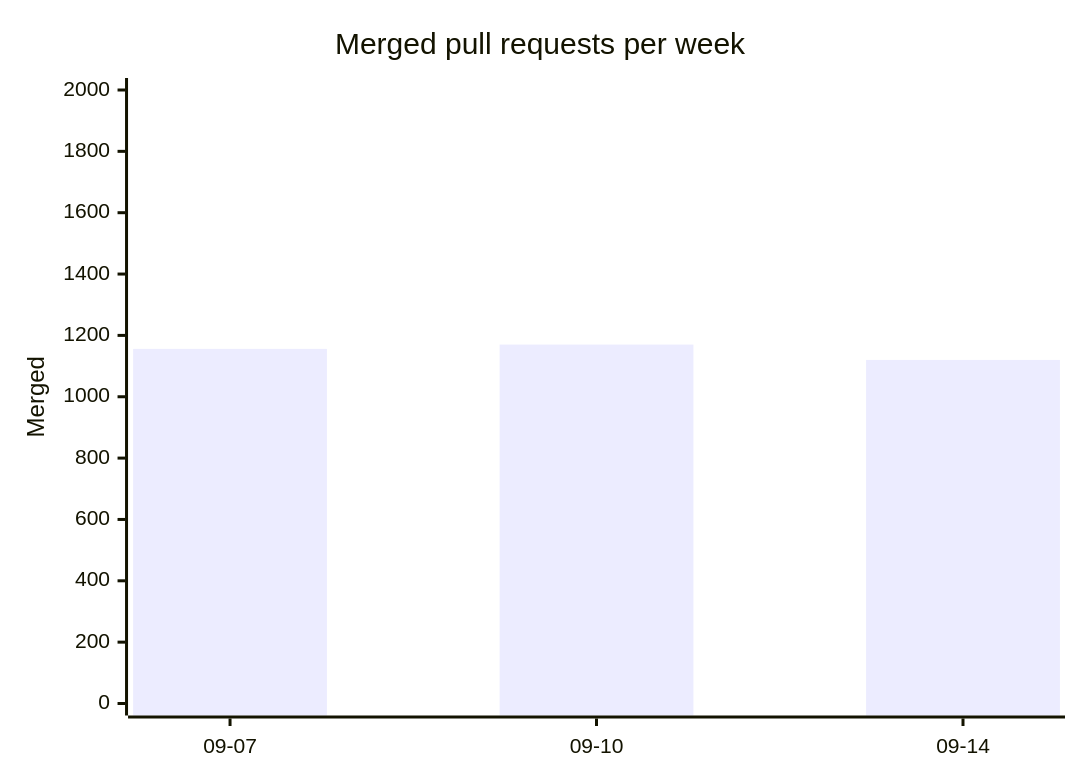
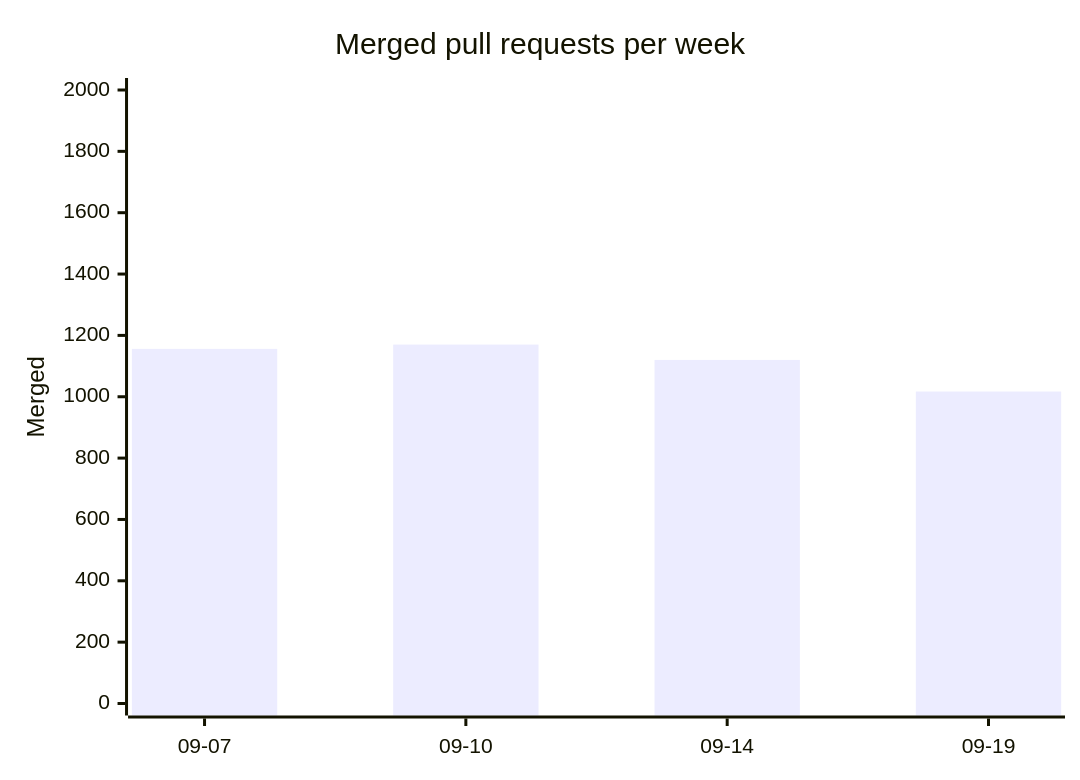
The first of 3 diagrams in project-pulse.md (EY3G0R3/bernstein), drawn with Mermaid before and after one commit. The commit also changed other lines of this file and 4 other files, not shown here.

````diff
--- a/project-pulse.md
+++ b/project-pulse.md
@@ -18,7 +18,7 @@
 ```mermaid
 xychart-beta
     title "Merged pull requests per week"
-    x-axis ["09-07", "09-10", "09-14"]
+    x-axis ["09-07", "09-10", "09-14", "09-19"]
     y-axis "Merged" 0 --> 2000
-    bar [1156, 1170, 1120]
+    bar [1156, 1170, 1120, 1017]
 ```
````
